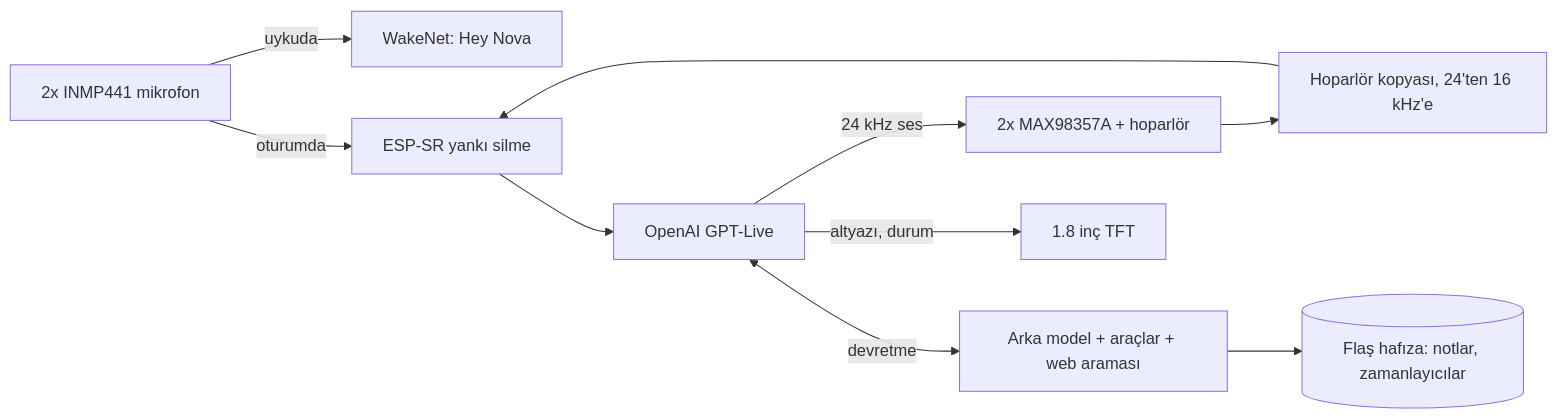
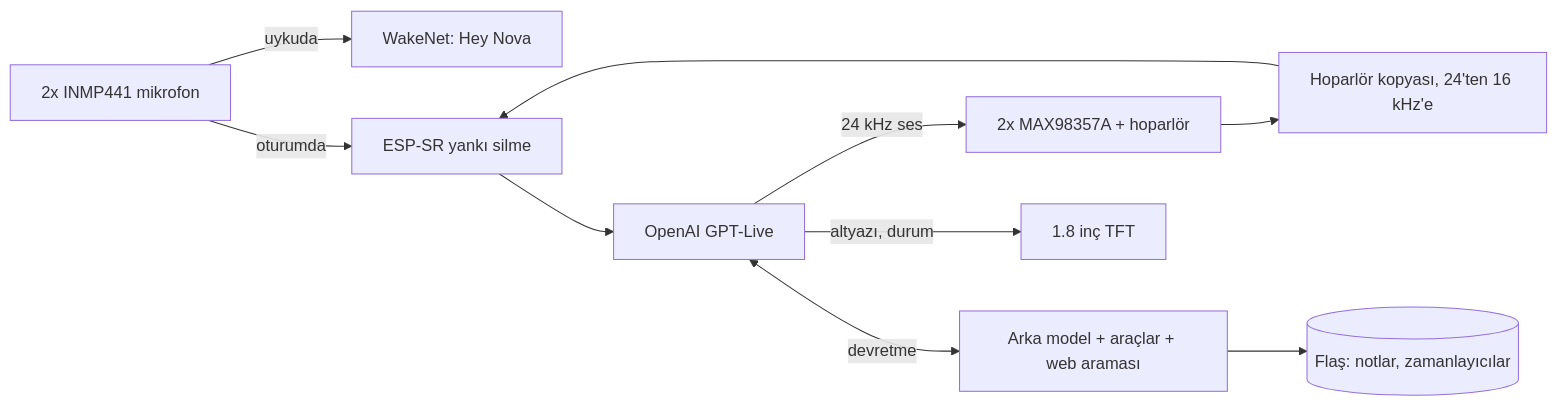
Before and after one commit to ntogou/nova-v2: the diagram in README.tr.md, drawn with Mermaid. The commit also changed other lines of this file and 15 other files, not shown here.

````diff
--- a/README.tr.md
+++ b/README.tr.md
@@ -29,12 +31,12 @@
 ```mermaid
 flowchart LR
     MIC["2x INMP441 mikrofon"] -->|uykuda| WAKE["WakeNet: Hey Nova"]
     MIC -->|oturumda| AEC["ESP-SR yankı silme"]
     REF["Hoparlör kopyası, 24'ten 16 kHz'e"] --> AEC
     AEC --> LIVE["OpenAI GPT-Live"]
     LIVE -->|24 kHz ses| SPK["2x MAX98357A + hoparlör"]
     SPK --> REF
     LIVE <-->|devretme| BACK["Arka model + araçlar + web araması"]
-    BACK --> MEM[("Flaş hafıza: notlar, zamanlayıcılar")]
+    BACK --> MEM[("Flaş: notlar, zamanlayıcılar")]
     LIVE -->|altyazı, durum| TFT["1.8 inç TFT"]
 ```
````
